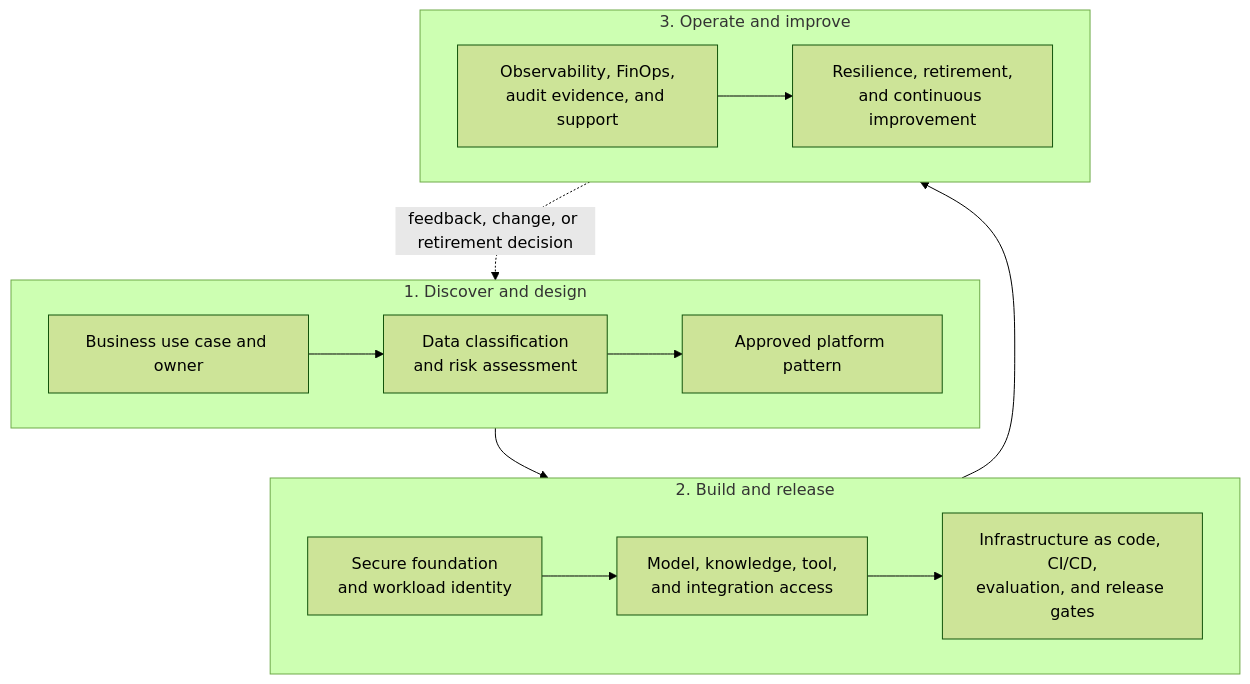
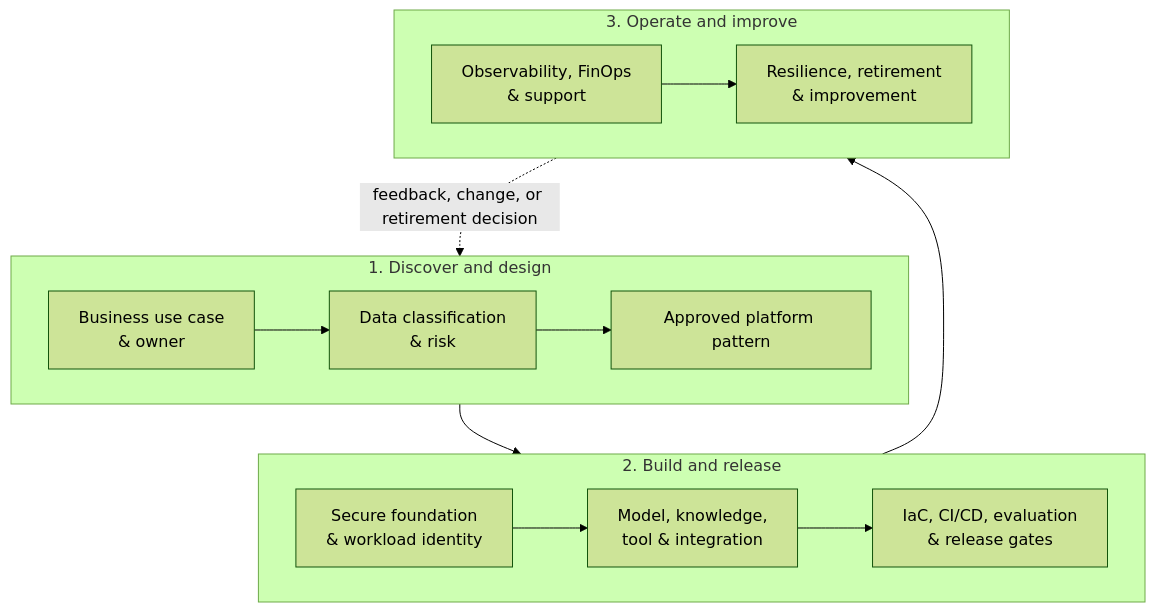
The third of 3 diagrams in docs/architecture.md (afaryy/cloudai-platform), drawn with Mermaid (forest theme) before and after one commit. The commit also changed other lines of this file and 1 other file, not shown here.

Commit message:
docs: shorten architecture diagram labels

````diff
--- a/docs/architecture.md
+++ b/docs/architecture.md
@@ -110,30 +110,30 @@
 ```mermaid
 flowchart TB
-  usecase["Business use case and owner"]
-  assessment["Data classification<br/>and risk assessment"]
+  usecase["Business use case<br/>& owner"]
+  assessment["Data classification<br/>& risk"]
   pattern["Approved platform pattern"]
-  secure["Secure foundation<br/>and workload identity"]
-  access["Model, knowledge, tool,<br/>and integration access"]
-  release["Infrastructure as code, CI/CD,<br/>evaluation, and release gates"]
-  operate["Observability, FinOps,<br/>audit evidence, and support"]
-  improve["Resilience, retirement,<br/>and continuous improvement"]
+  secure["Secure foundation<br/>& workload identity"]
+  access["Model, knowledge,<br/>tool & integration"]
+  release["IaC, CI/CD, evaluation<br/>& release gates"]
+  operate["Observability, FinOps<br/>& support"]
+  improve["Resilience, retirement<br/>& improvement"]
 
   subgraph discover["1. Discover and design"]
     direction LR
     usecase --> assessment --> pattern
   end
 
   subgraph deliver["2. Build and release"]
     direction LR
     secure --> access --> release
   end
 
   subgraph operate_loop["3. Operate and improve"]
     direction LR
     operate --> improve
   end
 
   pattern --> secure
   release --> operate
   improve -. "feedback, change, or retirement decision" .-> assessment
 ```
````
